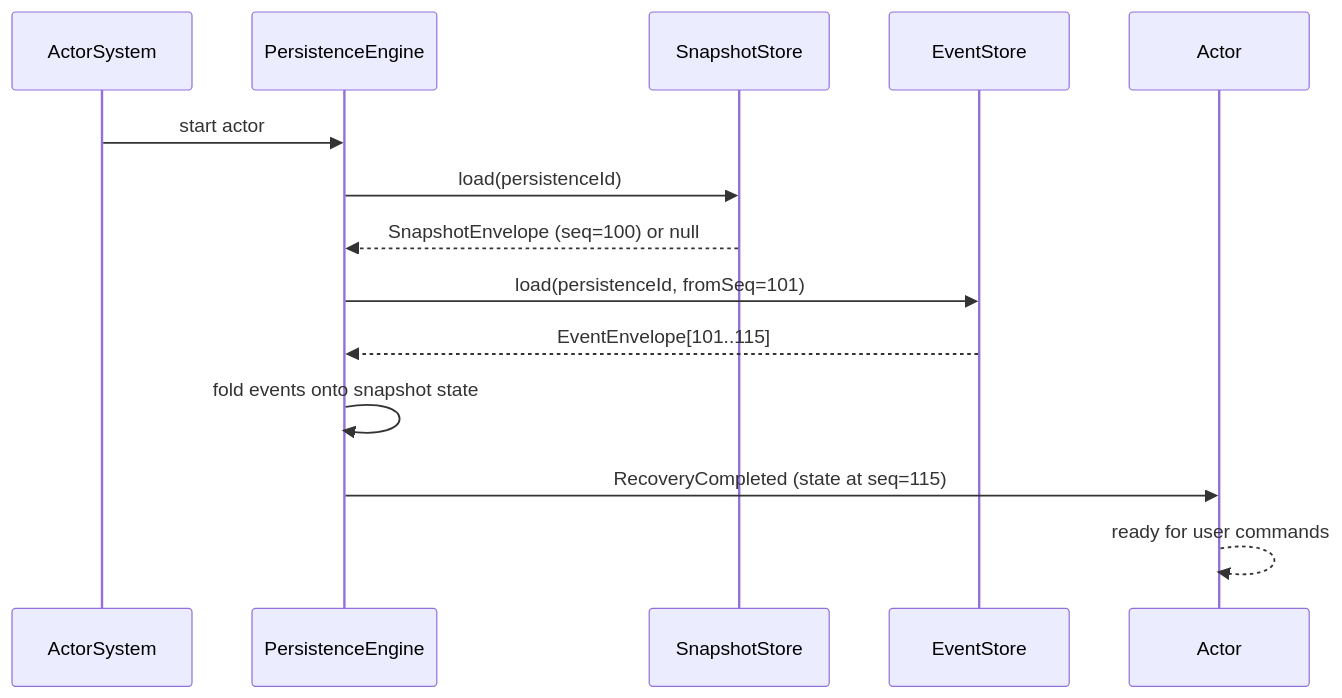
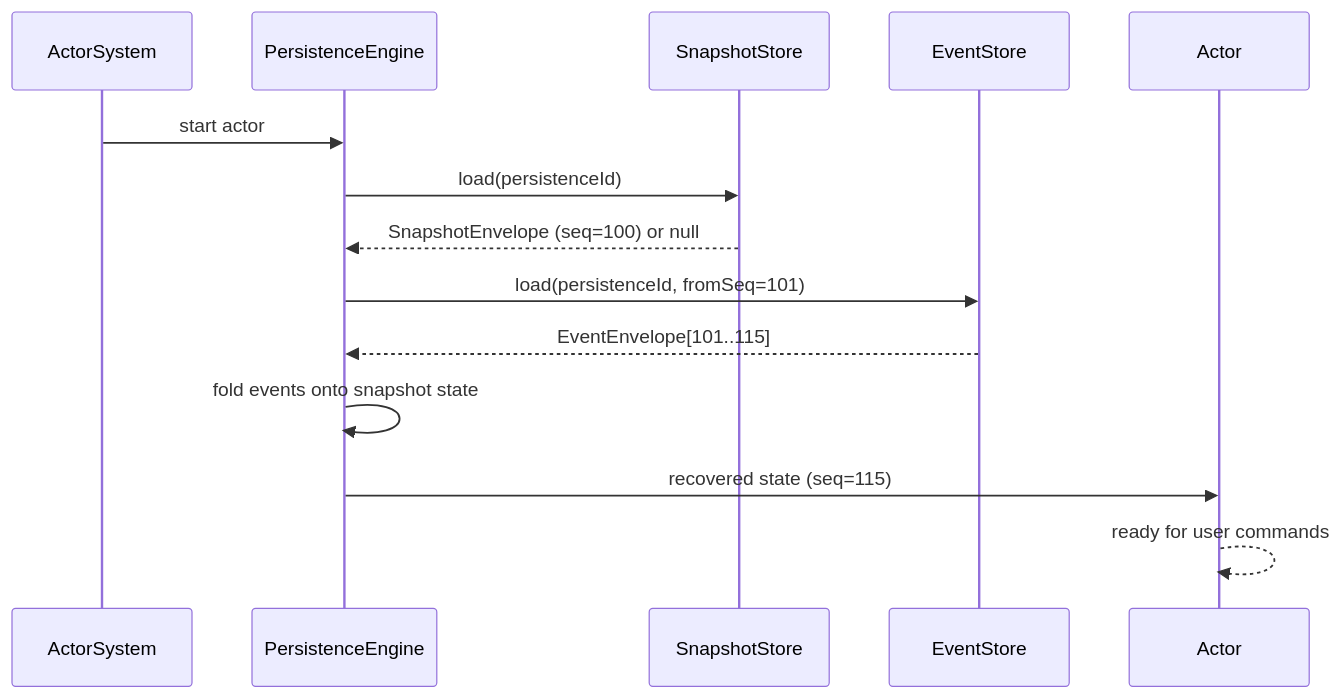
One commit to nexus-actors/nexus changed the first of 4 diagrams in website/docs/persistence/event-sourcing.md. Above: the diagram before and after it, drawn with Mermaid. The commit also changed other lines of this file and 50 other files, not shown here.

````diff
--- a/website/docs/persistence/event-sourcing.md
+++ b/website/docs/persistence/event-sourcing.md
@@ -86,17 +90,17 @@
 ```mermaid
 sequenceDiagram
     participant AS as ActorSystem
     participant PE as PersistenceEngine
     participant SS as SnapshotStore
     participant ES as EventStore
     participant A as Actor
 
     AS->>PE: start actor
     PE->>SS: load(persistenceId)
     SS-->>PE: SnapshotEnvelope (seq=100) or null
     PE->>ES: load(persistenceId, fromSeq=101)
     ES-->>PE: EventEnvelope[101..115]
     PE->>PE: fold events onto snapshot state
-    PE->>A: RecoveryCompleted (state at seq=115)
+    PE->>A: recovered state (seq=115)
     A-->>A: ready for user commands
 ```
````
